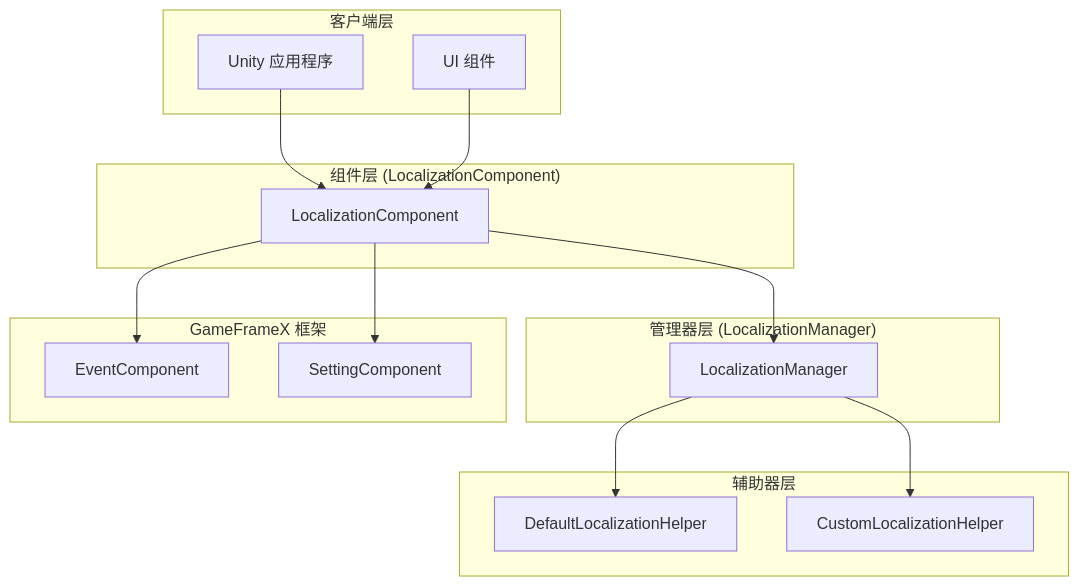
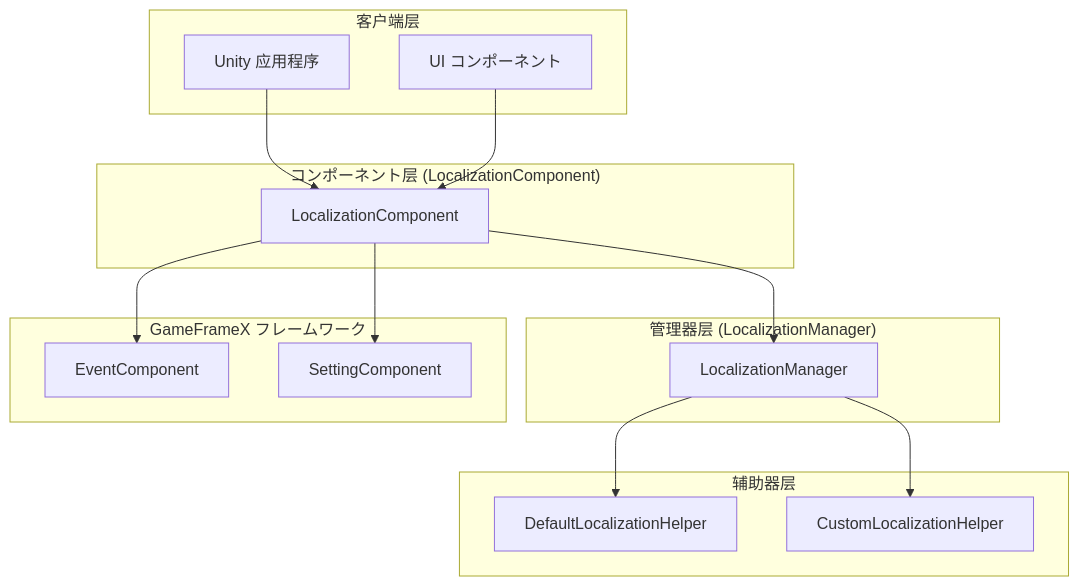
The first of 5 diagrams in docs/ja/client/unity/component/localization/01.overview.md (AlianBlank/GameFrameX.Docs), drawn with Mermaid before and after one commit. The commit also changed other lines of this file and 603 other files, not shown here.

````diff
--- a/docs/ja/client/unity/component/localization/01.overview.md
+++ b/docs/ja/client/unity/component/localization/01.overview.md
@@ -17,33 +17,33 @@
 ```mermaid
 flowchart TD
     subgraph Client["客户端层"]
         Unity["Unity 应用程序"]
-        UI["UI 组件"]
+        UI["UI コンポーネント"]
     end
 
-    subgraph Component["组件层 (LocalizationComponent)"]
+    subgraph Component["コンポーネント层 (LocalizationComponent)"]
         LC["LocalizationComponent"]
     end
 
     subgraph Manager["管理器层 (LocalizationManager)"]
         LM["LocalizationManager"]
     end
 
     subgraph Helper["辅助器层"]
         DLH["DefaultLocalizationHelper"]
         CLH["CustomLocalizationHelper"]
     end
 
-    subgraph GameFrameX["GameFrameX 框架"]
+    subgraph GameFrameX["GameFrameX フレームワーク"]
         EC["EventComponent"]
         SC["SettingComponent"]
     end
 
     Unity --> LC
     UI --> LC
     LC --> LM
     LC --> EC
     LC --> SC
     LM --> DLH
     LM --> CLH
 ```
````
